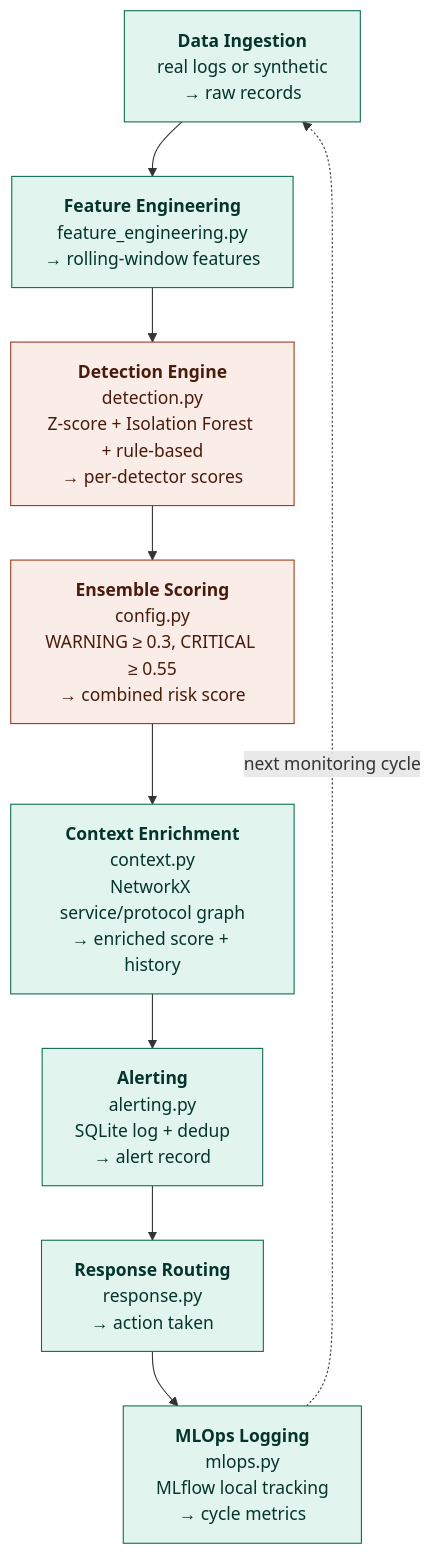
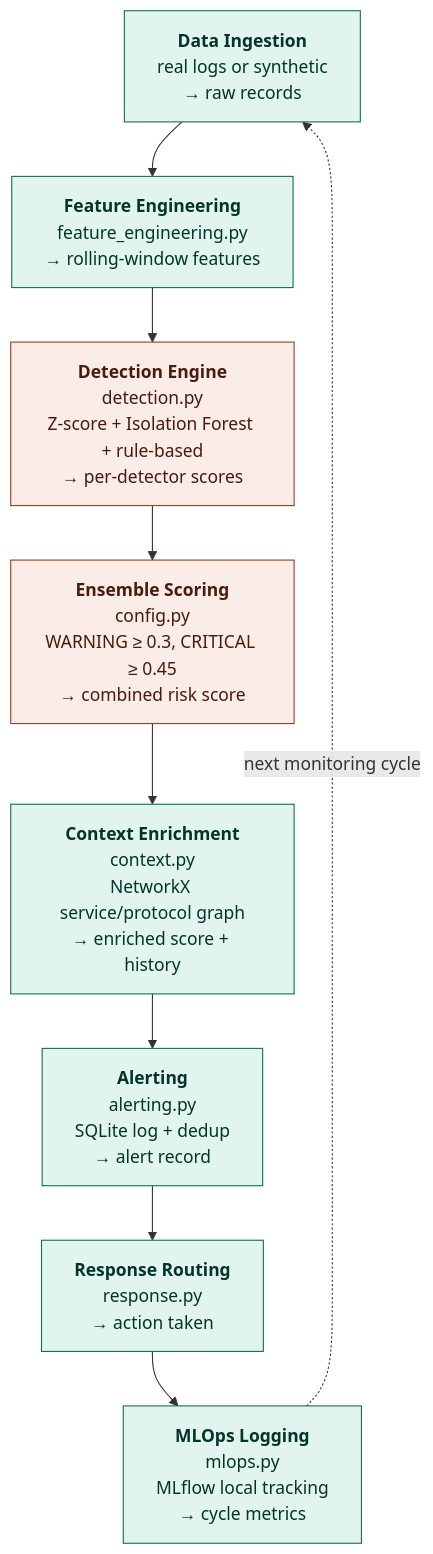
The first of 2 diagrams in README.md (M-Abdul1ah/anomaly-detection-pipeline), drawn with Mermaid before and after one commit.

Commit message:
Update critical threshold in Ensemble Scoring

````diff
--- a/README.md
+++ b/README.md
@@ -22,19 +22,19 @@
 ```mermaid
 flowchart TD
     A["<b>Data Ingestion</b><br/>real logs or synthetic<br/>→ raw records"]
     B["<b>Feature Engineering</b><br/>feature_engineering.py<br/>→ rolling-window features"]
     C["<b>Detection Engine</b><br/>detection.py<br/>Z-score + Isolation Forest + rule-based<br/>→ per-detector scores"]
-    D["<b>Ensemble Scoring</b><br/>config.py<br/>WARNING ≥ 0.3, CRITICAL ≥ 0.55<br/>→ combined risk score"]
+    D["<b>Ensemble Scoring</b><br/>config.py<br/>WARNING ≥ 0.3, CRITICAL ≥ 0.45<br/>→ combined risk score"]
     E["<b>Context Enrichment</b><br/>context.py<br/>NetworkX service/protocol graph<br/>→ enriched score + history"]
     F["<b>Alerting</b><br/>alerting.py<br/>SQLite log + dedup<br/>→ alert record"]
     G["<b>Response Routing</b><br/>response.py<br/>→ action taken"]
     H["<b>MLOps Logging</b><br/>mlops.py<br/>MLflow local tracking<br/>→ cycle metrics"]
 
     A --> B --> C --> D --> E --> F --> G --> H
     H -.->|next monitoring cycle| A
 
     classDef infra fill:#E1F5EE,stroke:#0F6E56,color:#04342C;
     classDef ml fill:#FAECE7,stroke:#993C1D,color:#4A1B0C;
     class A,B,E,F,G,H infra;
     class C,D ml;
 ```
````
